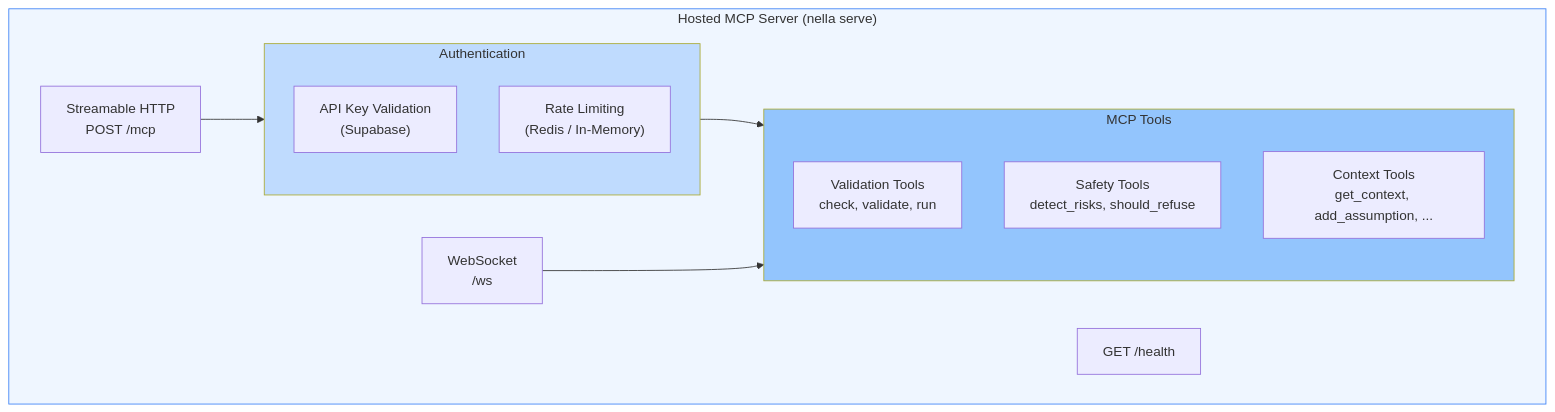
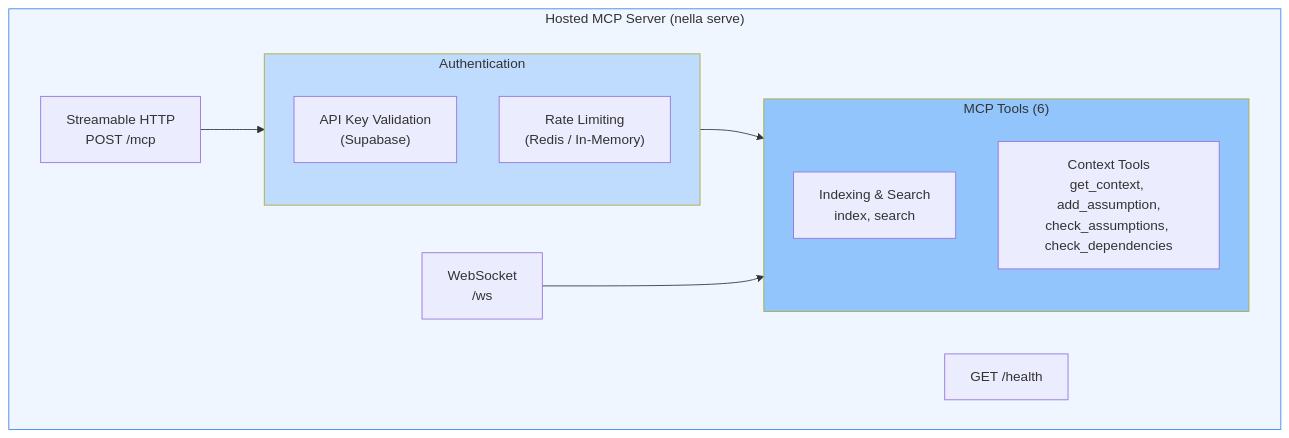
Before and after one commit to nella-labs/nella: diagram 22 of 23 in docs/architecture.md, drawn with Mermaid. The commit also changed other lines of this file and 23 other files, not shown here.

````diff
--- a/docs/architecture.md
+++ b/docs/architecture.md
@@ -1267,27 +1105,26 @@
 ```mermaid
 graph TB
     subgraph HostedServer["Hosted MCP Server (nella serve)"]
         HTTP["Streamable HTTP<br/>POST /mcp"]
         Health["GET /health"]
         WS["WebSocket<br/>/ws"]
         
         subgraph Auth["Authentication"]
             APIKey["API Key Validation<br/>(Supabase)"]
             RateLimit["Rate Limiting<br/>(Redis / In-Memory)"]
         end
         
-        subgraph Tools["MCP Tools"]
-            Validation["Validation Tools<br/>check, validate, run"]
-            SafetyTools["Safety Tools<br/>detect_risks, should_refuse"]
-            ContextTools["Context Tools<br/>get_context, add_assumption, ..."]
+        subgraph Tools["MCP Tools (6)"]
+            IndexTools["Indexing & Search<br/>index, search"]
+            ContextTools["Context Tools<br/>get_context, add_assumption,<br/>check_assumptions, check_dependencies"]
         end
     end
     
     HTTP --> Auth
     Auth --> Tools
     WS --> Tools
     
     style HostedServer fill:#eff6ff,stroke:#3b82f6
     style Auth fill:#bfdbfe
     style Tools fill:#93c5fd
 ```
````
